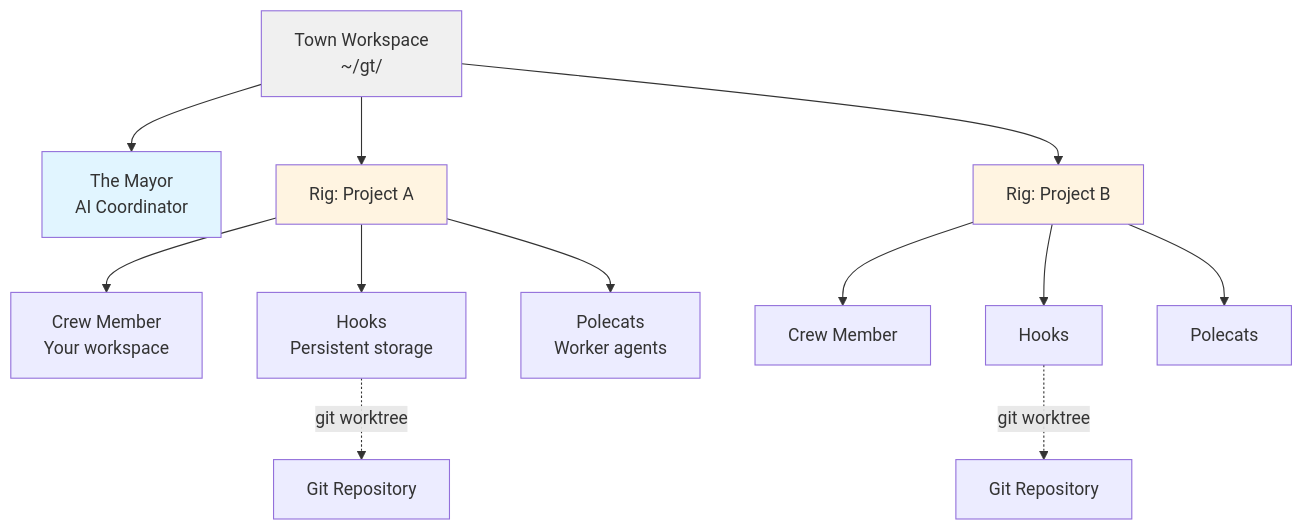
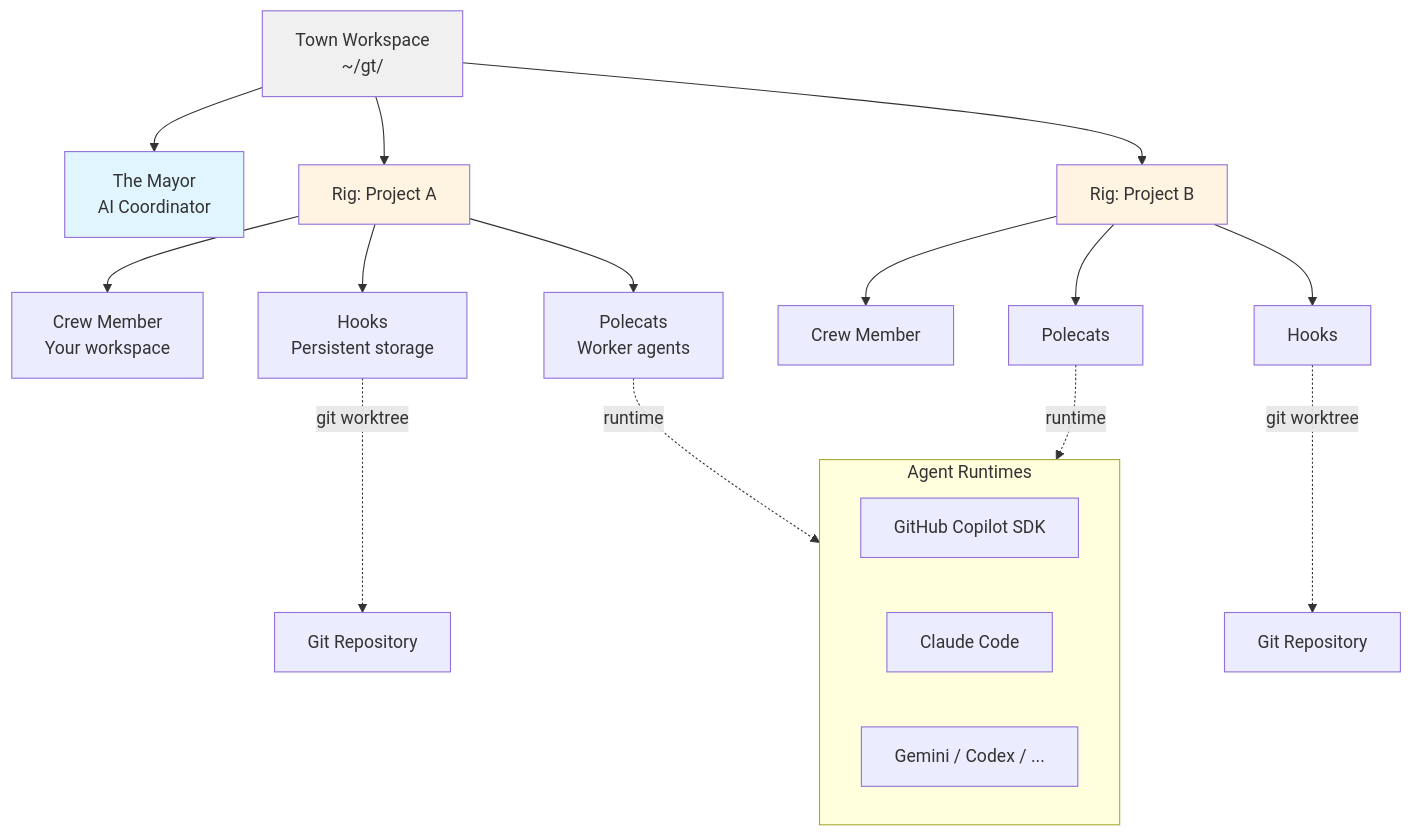
One commit to rajesh-ms/gastown changed the first of 4 diagrams in README.md. Above: the diagram before and after it, drawn with Mermaid. The commit also changed other lines of this file, not shown here.

First line of the commit message:
docs: elevate GitHub Copilot SDK to primary runtime in README

````diff
--- a/README.md
+++ b/README.md
@@ -20,25 +22,34 @@
 ```mermaid
 graph TB
     Mayor[The Mayor<br/>AI Coordinator]
     Town[Town Workspace<br/>~/gt/]
 
     Town --> Mayor
     Town --> Rig1[Rig: Project A]
     Town --> Rig2[Rig: Project B]
 
     Rig1 --> Crew1[Crew Member<br/>Your workspace]
     Rig1 --> Hooks1[Hooks<br/>Persistent storage]
     Rig1 --> Polecats1[Polecats<br/>Worker agents]
 
     Rig2 --> Crew2[Crew Member]
     Rig2 --> Hooks2[Hooks]
     Rig2 --> Polecats2[Polecats]
 
+    subgraph Runtimes[Agent Runtimes]
+        CopilotSDK[GitHub Copilot SDK]
+        ClaudeCode[Claude Code]
+        Others[Gemini / Codex / ...]
+    end
+
+    Polecats1 -.runtime.-> Runtimes
+    Polecats2 -.runtime.-> Runtimes
+
     Hooks1 -.git worktree.-> GitRepo1[Git Repository]
     Hooks2 -.git worktree.-> GitRepo2[Git Repository]
 
     style Mayor fill:#e1f5ff
     style Town fill:#f0f0f0
     style Rig1 fill:#fff4e1
     style Rig2 fill:#fff4e1
 ```
````
